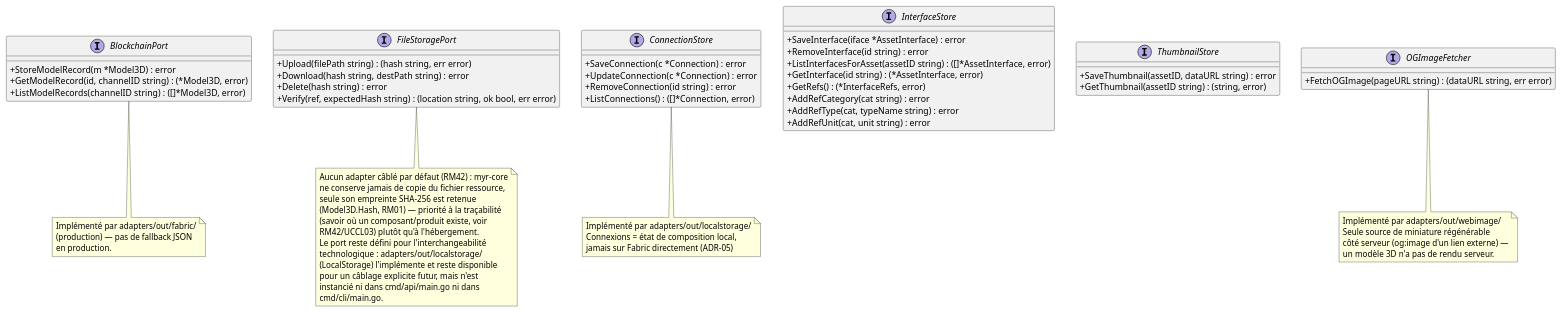
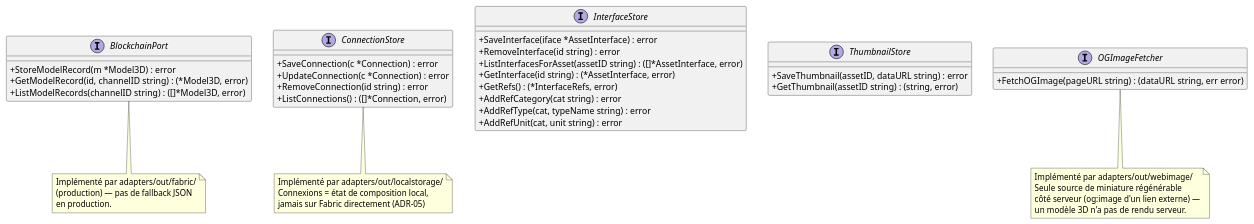
One commit to myr-forge/myr-core changed the fifth of 5 diagrams in specs/3-Conception/Architecture_Composition.md. Above: the diagram before and after it, drawn with PlantUML. The commit also changed other lines of this file and 16 other files, not shown here.

First line of the commit message:
refactor(model): remove FileStoragePort (PO decision)

````diff
--- a/specs/3-Conception/Architecture_Composition.md
+++ b/specs/3-Conception/Architecture_Composition.md
@@ -461,80 +460,58 @@
 ```plantuml
 @startuml
 skinparam classAttributeIconSize 0
 
 interface BlockchainPort {
   + StoreModelRecord(m *Model3D) : error
   + GetModelRecord(id, channelID string) : (*Model3D, error)
   + ListModelRecords(channelID string) : ([]*Model3D, error)
-}
-
-interface FileStoragePort {
-  + Upload(filePath string) : (hash string, err error)
-  + Download(hash string, destPath string) : error
-  + Delete(hash string) : error
-  + Verify(ref, expectedHash string) : (location string, ok bool, err error)
 }
 
 interface ConnectionStore {
   + SaveConnection(c *Connection) : error
   + UpdateConnection(c *Connection) : error
   + RemoveConnection(id string) : error
   + ListConnections() : ([]*Connection, error)
 }
 
 interface InterfaceStore {
   + SaveInterface(iface *AssetInterface) : error
   + RemoveInterface(id string) : error
   + ListInterfacesForAsset(assetID string) : ([]*AssetInterface, error)
   + GetInterface(id string) : (*AssetInterface, error)
   + GetRefs() : (*InterfaceRefs, error)
   + AddRefCategory(cat string) : error
   + AddRefType(cat, typeName string) : error
   + AddRefUnit(cat, unit string) : error
 }
 
 interface ThumbnailStore {
   + SaveThumbnail(assetID, dataURL string) : error
   + GetThumbnail(assetID string) : (string, error)
 }
 
 interface OGImageFetcher {
   + FetchOGImage(pageURL string) : (dataURL string, err error)
 }
 
 note bottom of BlockchainPort
   Implémenté par adapters/out/fabric/
   (production) — pas de fallback JSON
   en production.
 end note
 
-note bottom of FileStoragePort
-  Aucun adapter câblé par défaut (RM42) : myr-core
-  ne conserve jamais de copie du fichier ressource,
-  seule son empreinte SHA-256 est retenue
-  (Model3D.Hash, RM01) — priorité à la traçabilité
-  (savoir où un composant/produit existe, voir
-  RM42/UCCL03) plutôt qu'à l'hébergement.
-  Le port reste défini pour l'interchangeabilité
-  technologique : adapters/out/localstorage/
-  (LocalStorage) l'implémente et reste disponible
-  pour un câblage explicite futur, mais n'est
-  instancié ni dans cmd/api/main.go ni dans
-  cmd/cli/main.go.
-end note
-
 note bottom of ConnectionStore
   Implémenté par adapters/out/localstorage/
   Connexions = état de composition local,
   jamais sur Fabric directement (ADR-05)
 end note
 
 note bottom of OGImageFetcher
   Implémenté par adapters/out/webimage/
   Seule source de miniature régénérable
   côté serveur (og:image d'un lien externe) —
   un modèle 3D n'a pas de rendu serveur.
 end note
 
 @enduml
 ```
````
